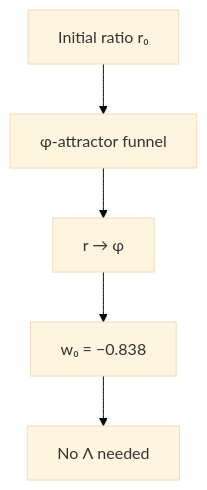
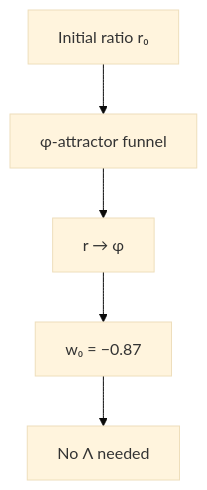
The first of 38 diagrams in CassiTheory/open-questions-cassi-answers.md (CassiTheOracle/cassi), drawn with Mermaid (base theme) before and after one commit. The commit also changed other lines of this file and 30 other files, not shown here.

````diff
--- a/CassiTheory/open-questions-cassi-answers.md
+++ b/CassiTheory/open-questions-cassi-answers.md
@@ -146,7 +146,7 @@
 ```mermaid
 flowchart TD
     A[Initial ratio r₀] --> B[φ-attractor funnel]
     B --> C[r → φ]
-    C --> D[w₀ = −0.838]
+    C --> D[w₀ = −0.87]
     D --> E[No Λ needed]
 ```
````
